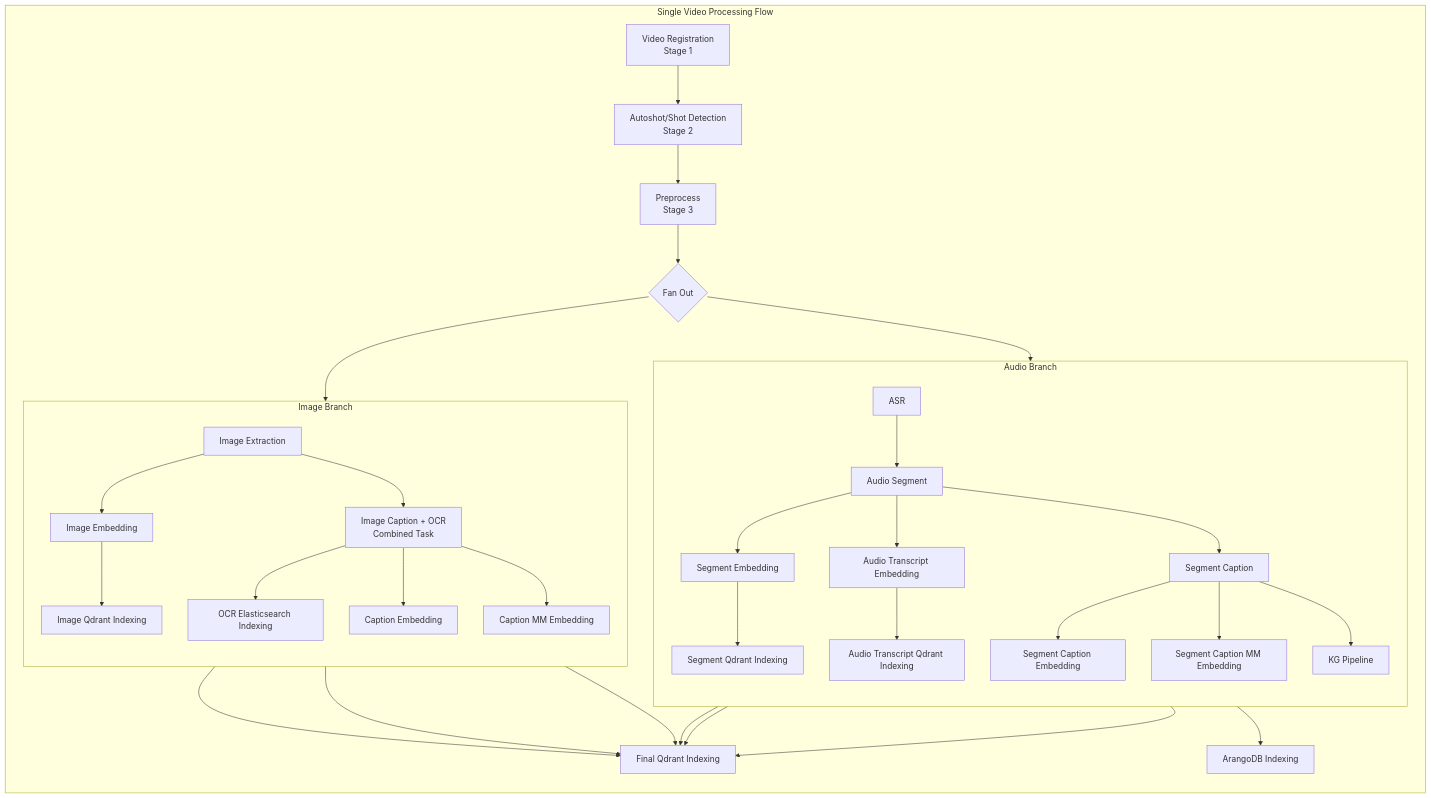
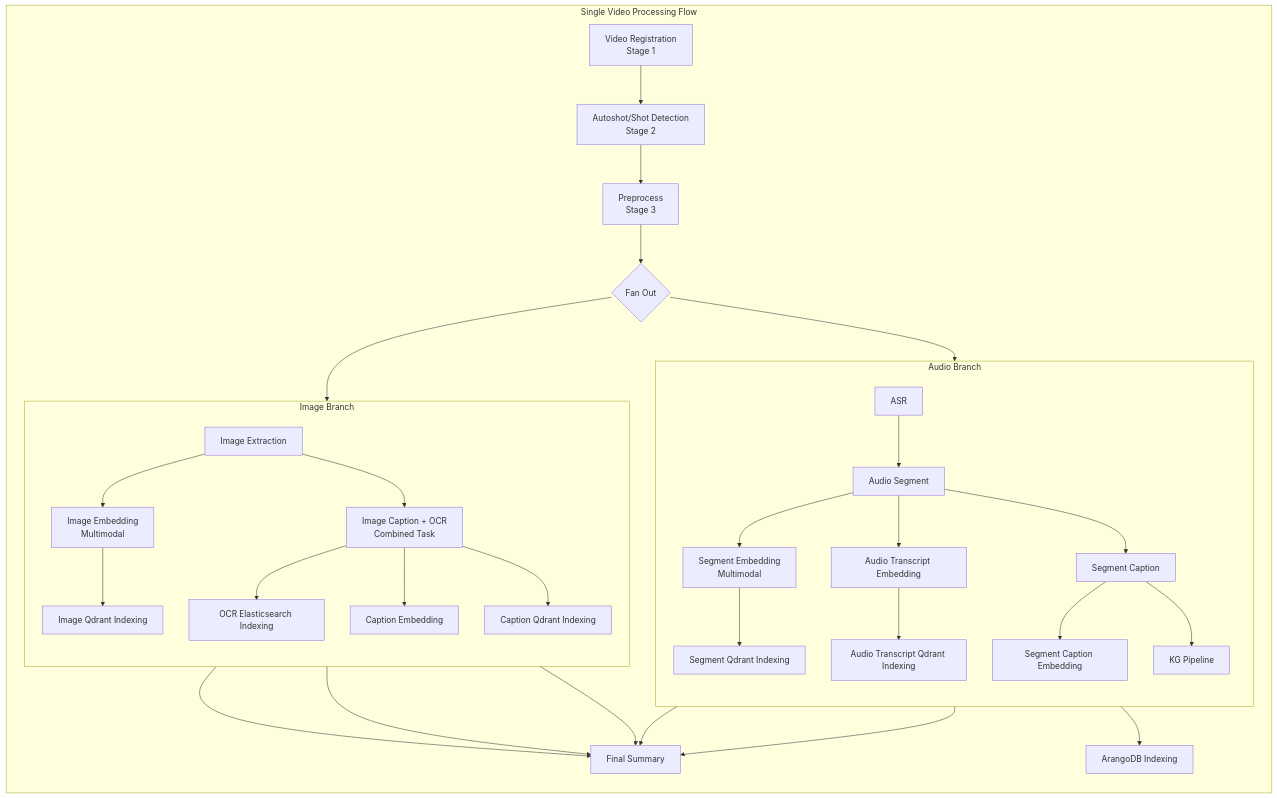
Before and after one commit to TinhAnhGitHub/CAPSTONE_PROJECT: the diagram in video_pipeline/CLAUDE.md, drawn with Mermaid. The commit also changed other lines of this file, not shown here.

First line of the commit message:
docs: update CLAUDE.md with architecture details

````diff
--- a/video_pipeline/CLAUDE.md
+++ b/video_pipeline/CLAUDE.md
@@ -173,44 +207,42 @@
 ```mermaid
 flowchart TB
     subgraph Main["Single Video Processing Flow"]
         direction TB
         A[Video Registration<br/>Stage 1] --> B[Autoshot/Shot Detection<br/>Stage 2]
         B --> C[Preprocess<br/>Stage 3]
         C --> D{Fan Out}
 
         D --> E
         D --> L
 
         subgraph AudioBranch["Audio Branch"]
             direction TB
             E[ASR] --> F[Audio Segment]
-            F --> G[Segment Embedding]
+            F --> G[Segment Embedding<br/>Multimodal]
             F --> H[Segment Caption]
             F --> GA[Audio Transcript Embedding]
             G --> I[Segment Qdrant Indexing]
             GA --> GB[Audio Transcript Qdrant Indexing]
             H --> J[Segment Caption Embedding]
-            H --> K[Segment Caption MM Embedding]
             H --> U[KG Pipeline]
         end
 
         subgraph ImageBranch["Image Branch"]
             direction TB
             L[Image Extraction] --> M[Image Caption + OCR<br/>Combined Task]
-            L --> N[Image Embedding]
+            L --> N[Image Embedding<br/>Multimodal]
             N --> P[Image Qdrant Indexing]
             M --> Q[OCR Elasticsearch Indexing]
             M --> R[Caption Embedding]
-            M --> S[Caption MM Embedding]
+            M --> S[Caption Qdrant Indexing]
         end
 
-        I --> T[Final Qdrant Indexing]
+        I --> T[Final Summary]
         J --> T
-        K --> T
         P --> T
         R --> T
         S --> T
 
         U --> V[ArangoDB Indexing]
     end
 ```
````
